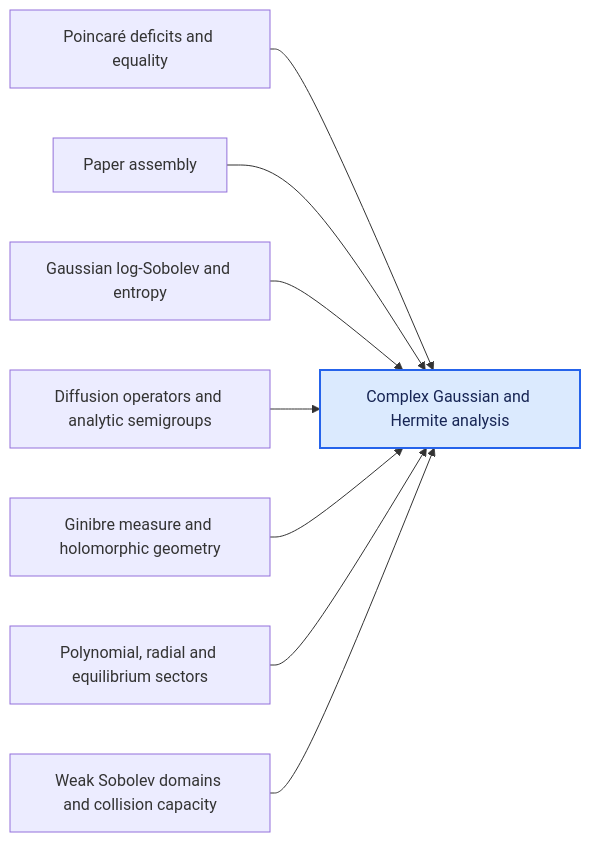
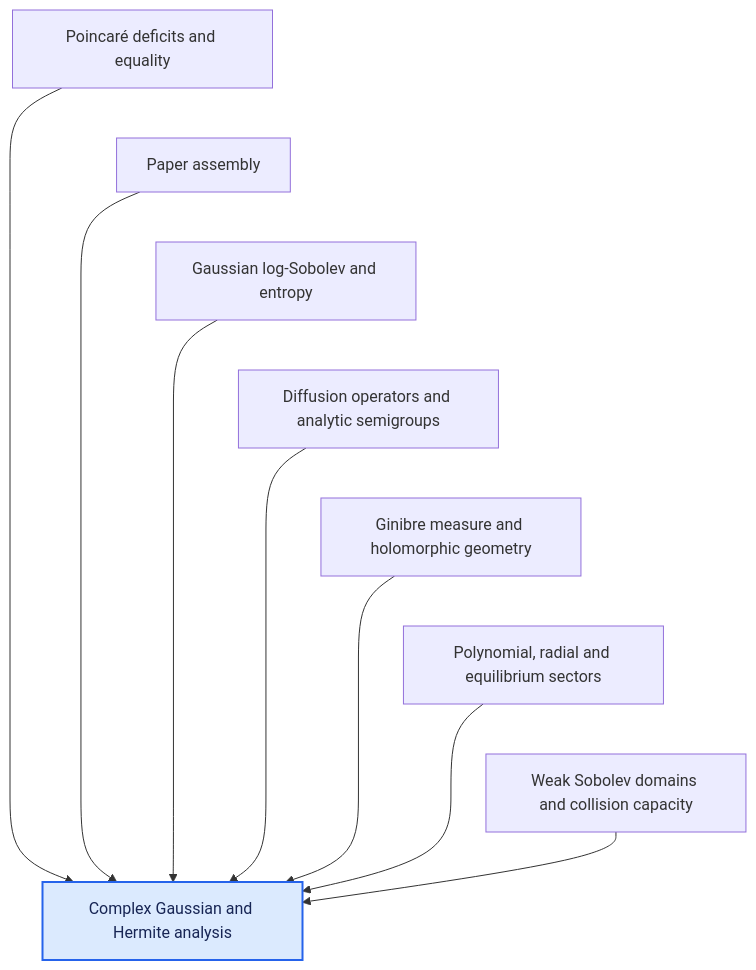
One commit to djalilchafai/ginibre-poincare changed the first of 12 diagrams in DEPENDENCIES.md. Above: the diagram before and after it, drawn with Mermaid. The commit also changed other lines of this file and 44 other files, not shown here.

Commit message:
Make dependency diagrams vertical and add GitHub Pages deployment

````diff
--- a/DEPENDENCIES.md
+++ b/DEPENDENCIES.md
@@ -18,12 +18,18 @@
 ```mermaid
-flowchart LR
+flowchart TB
   DeficitsEquality["Poincaré deficits and equality"] --> ComplexGaussianHermite["Complex Gaussian and Hermite analysis"]
   Endgame["Paper assembly"] --> ComplexGaussianHermite["Complex Gaussian and Hermite analysis"]
   GaussianLSI["Gaussian log-Sobolev and entropy"] --> ComplexGaussianHermite["Complex Gaussian and Hermite analysis"]
   GeneratorSemigroup["Diffusion operators and analytic semigroups"] --> ComplexGaussianHermite["Complex Gaussian and Hermite analysis"]
   GinibreMeasureGeometry["Ginibre measure and holomorphic geometry"] --> ComplexGaussianHermite["Complex Gaussian and Hermite analysis"]
   PolynomialRadial["Polynomial, radial and equilibrium sectors"] --> ComplexGaussianHermite["Complex Gaussian and Hermite analysis"]
   WeakSobolev["Weak Sobolev domains and collision capacity"] --> ComplexGaussianHermite["Complex Gaussian and Hermite analysis"]
+  DeficitsEquality ~~~ Endgame
+  Endgame ~~~ GaussianLSI
+  GaussianLSI ~~~ GeneratorSemigroup
+  GeneratorSemigroup ~~~ GinibreMeasureGeometry
+  GinibreMeasureGeometry ~~~ PolynomialRadial
+  PolynomialRadial ~~~ WeakSobolev
   classDef target fill:#dbeafe,stroke:#2563eb,stroke-width:2px,color:#172554;
   class ComplexGaussianHermite target;
 ```
````
